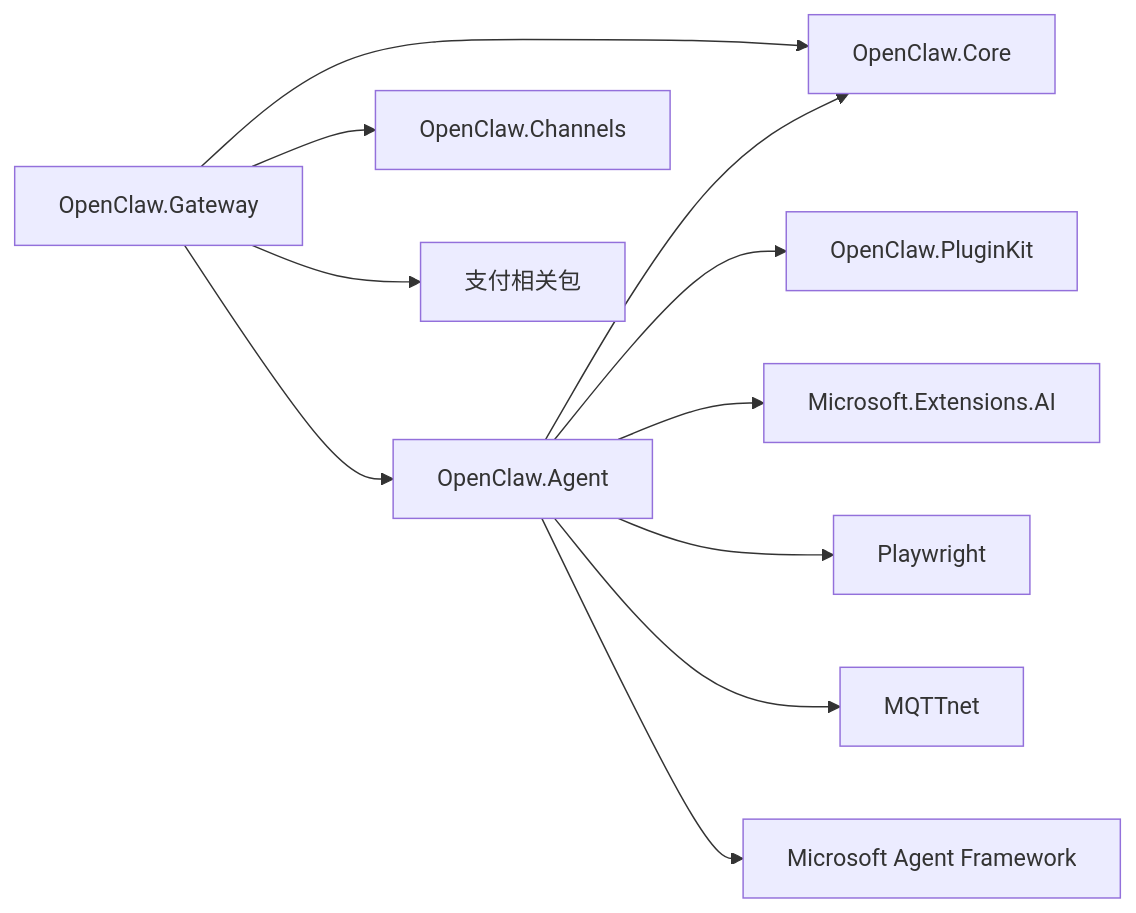
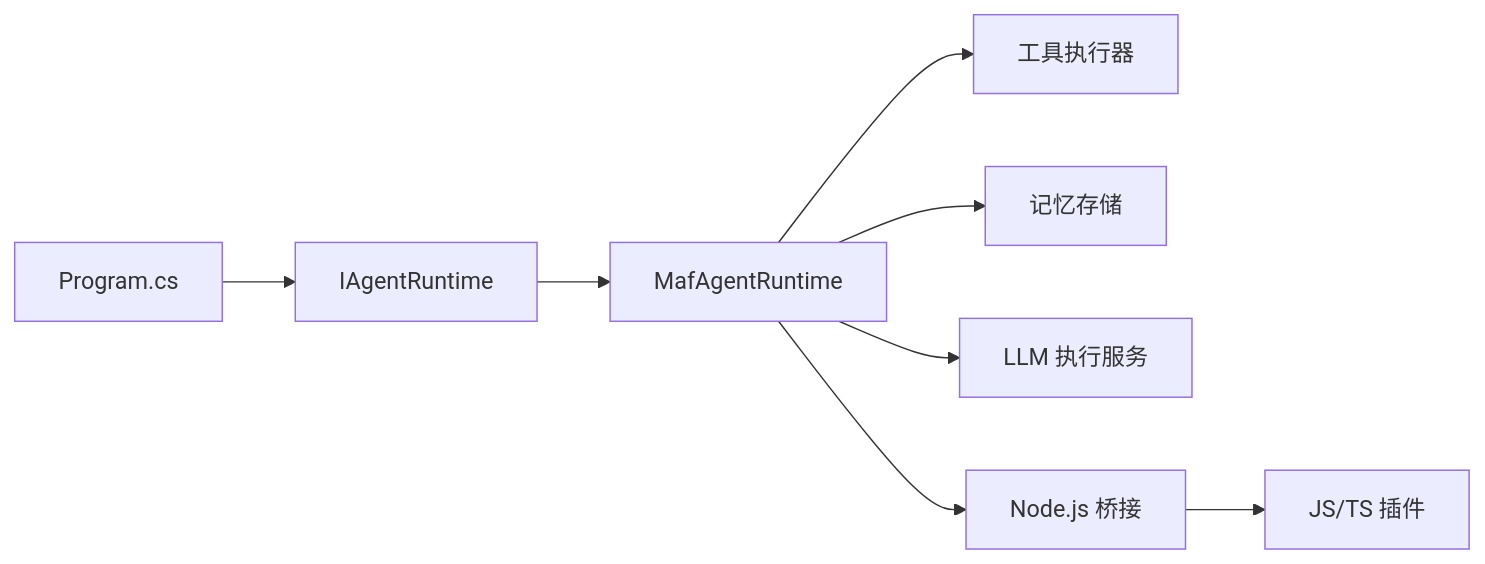
Before and after one commit to wayyet/kingcrab: the seventh of 7 diagrams in .qoder/repowiki/zh/content/项目概述/项目概述.md, drawn with Mermaid. The commit also changed other lines of this file and 173 other files, not shown here.

````diff
--- a/.qoder/repowiki/zh/content/项目概述/项目概述.md
+++ b/.qoder/repowiki/zh/content/项目概述/项目概述.md
@@ -304,13 +317,10 @@
 ```mermaid
 graph LR
-Gateway["OpenClaw.Gateway"] --> Core["OpenClaw.Core"]
-Gateway --> Agent["OpenClaw.Agent"]
-Gateway --> Channels["OpenClaw.Channels"]
-Gateway --> Payments["支付相关包"]
-Agent --> Core
-Agent --> PluginKit["OpenClaw.PluginKit"]
-Agent --> ExtAI["Microsoft.Extensions.AI"]
-Agent --> Playwright["Playwright"]
-Agent --> MQTTnet["MQTTnet"]
-Agent --> MAF["Microsoft Agent Framework"]
+Program["Program.cs"] --> IRuntime["IAgentRuntime"]
+IRuntime --> MafRuntime["MafAgentRuntime"]
+MafRuntime --> Tools["工具执行器"]
+MafRuntime --> Memory["记忆存储"]
+MafRuntime --> LLM["LLM 执行服务"]
+MafRuntime --> Bridge["Node.js 桥接"]
+Bridge --> Plugins["JS/TS 插件"]
 ```
````
